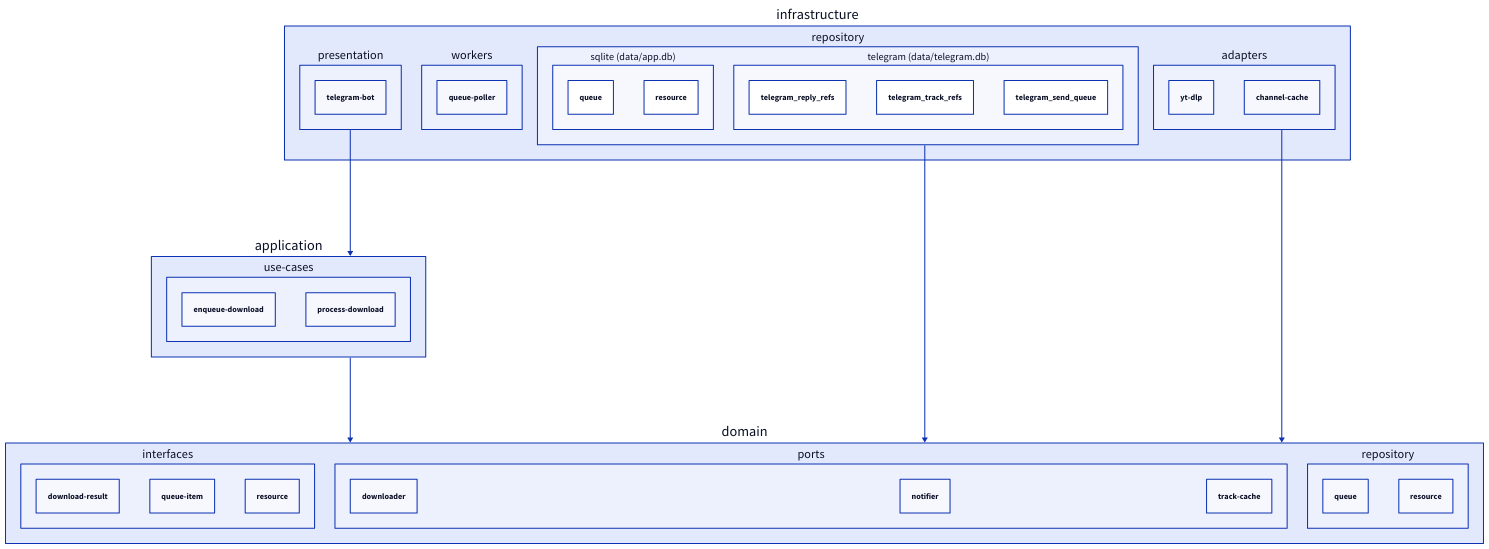
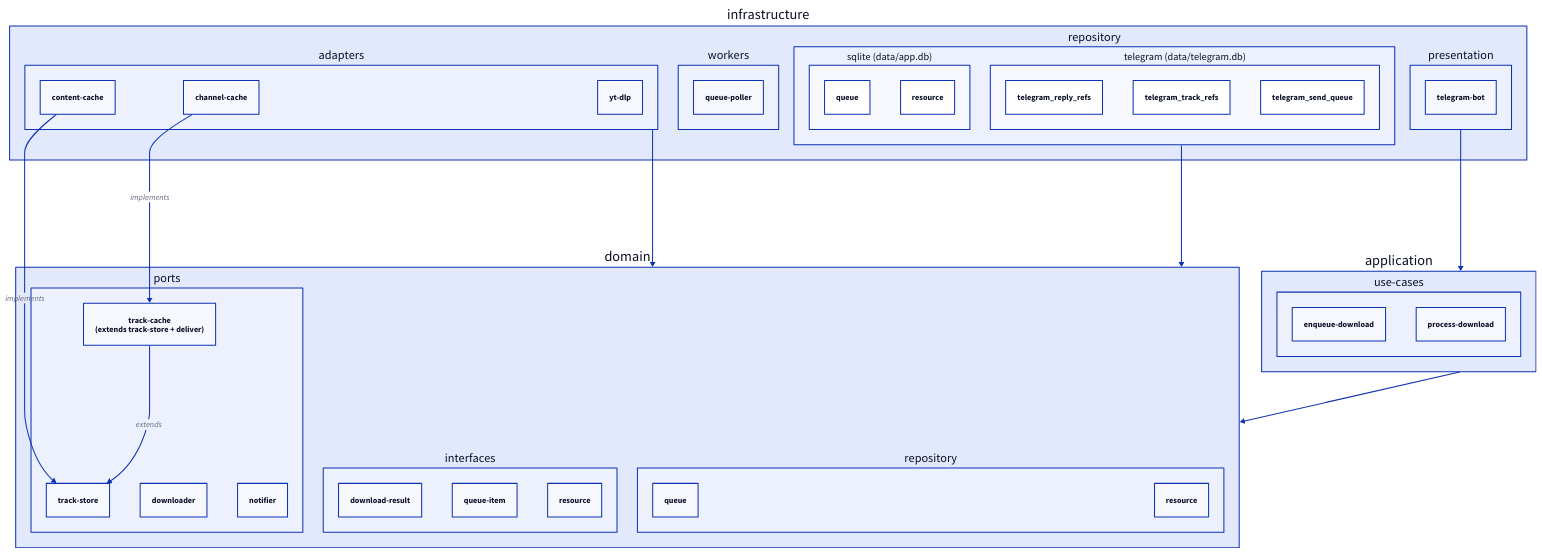
The diagram in docs/diagram.d2 (iwwwanow/kanalveschaniya), drawn with D2 before and after one commit. The commit also changed 1 other file, not shown here.

Commit message:
docs(architecture): actualize

```diff
--- a/docs/diagram.d2
+++ b/docs/diagram.d2
@@ -1,54 +1,62 @@
 application -> domain
 infrastructure.presentation -> application
 infrastructure.repository -> domain
 infrastructure.adapters -> domain
+
+domain.ports.track-cache -> domain.ports.track-store: "extends"
+infrastructure.adapters.channel-cache -> domain.ports.track-cache: "implements"
+infrastructure.adapters.content-cache -> domain.ports.track-store: "implements"
 
 infrastructure: {
   presentation: {
     telegram-bot
   }
   adapters: {
     yt-dlp
     channel-cache
+    content-cache
   }
   repository: {
     sqlite: {
       label: "sqlite (data/app.db)"
       queue
       resource
     }
     telegram: {
       label: "telegram (data/telegram.db)"
       telegram_reply_refs
       telegram_track_refs
       telegram_send_queue
     }
   }
   workers: {
     queue-poller
   }
 }
 
 application: {
   use-cases: {
     enqueue-download
     process-download
   }
 }
 
 domain: {
   interfaces: {
     download-result
     queue-item
     resource
   }
   ports: {
     downloader
     notifier
-    track-cache
+    track-store
+    track-cache: {
+      label: "track-cache\n(extends track-store + deliver)"
+    }
   }
   repository: {
     queue
     resource
   }
 }
```
